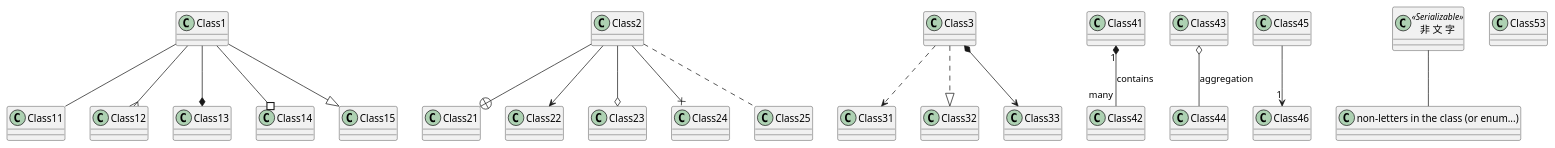
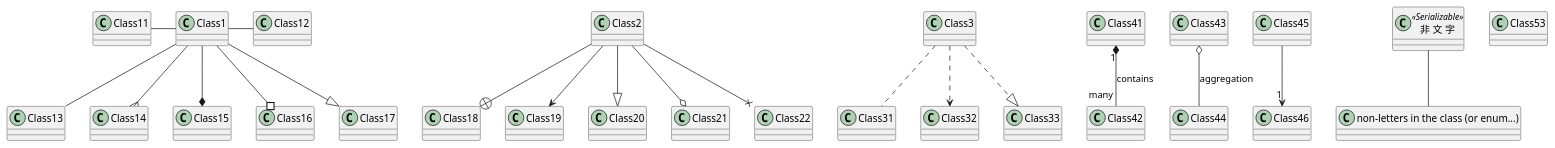
The second of 6 diagrams in src/14-000-クラス図.md (yzkn/PlantUML-CheatSheet), drawn with PlantUML before and after one commit. The commit also changed other lines of this file, not shown here.

````diff
--- a/src/14-000-クラス図.md
+++ b/src/14-000-クラス図.md
@@ -23,56 +23,59 @@
 ```plantuml
 
 @startuml
 
 
 ' 空の属性・操作を省略
 ' hide empty members
 
 ' その他の省略
 ' hide empty fields, hide empty attributes
 ' hide empty methods
 ' hide fields, hide attributes
 ' hide circle
 ' hide stereotype
 ' hide members
 ' hide Class51
 ' hide <<Serializable>> members
 
 ' 孤立したクラスの省略
 ' hide @unlinked
 
 ' 削除
 ' remove Class51
 
 ' 孤立したクラスの削除
 ' remove @unlinked
 
 
-Class1 --   Class11
-Class1 --{  Class12
-Class1 --*  Class13
-Class1 --#  Class14
-Class1 --^  Class15
+' 水平方向 left, right, up, down
+Class1 -left- Class11
+Class1 -      Class12
 
-Class2 --+  Class21
-Class2 -->  Class22
-Class2 --o  Class23
-Class2 --x  Class24
-Class2 ..   Class25
+Class1 --   Class13
+Class1 --{  Class14
+Class1 --*  Class15
+Class1 --#  Class16
+Class1 --^  Class17
+Class2 --+  Class18
+Class2 -->  Class19
+Class2 --|> Class20
+Class2 --o  Class21
+Class2 --x  Class22
 
-Class3 ..>  Class31
-Class3 ..|> Class32
-Class3 *--> Class33
+Class3 ..   Class31
+Class3 ..>  Class32
+Class3 ..|> Class33
 
 Class41 "1" *-- "many" Class42 : contains
 Class43 o-- Class44 : aggregation
 Class45 --> "1" Class46
 
 class "非 文 字" as Class51 <<Serializable>>
 class Class52 as "non-letters in the class (or enum...)"
 Class51 -- Class52
 class Class53
 
 @enduml
 
 ```
````
